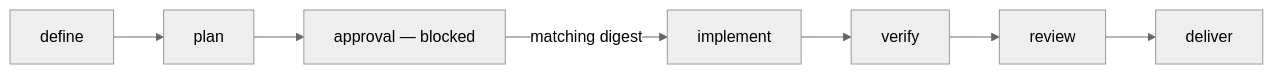
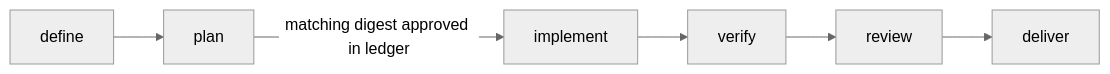
Before and after one commit to forgegod/daidala: the diagram in docs/02-workflow-state.md, drawn with Mermaid (neutral theme). The commit also changed other lines of this file and 24 other files, not shown here.

````diff
--- a/docs/02-workflow-state.md
+++ b/docs/02-workflow-state.md
@@ -48,9 +48,8 @@
 ```mermaid
 flowchart LR
     D["define"] --> P["plan"]
-    P --> A["approval — blocked"]
-    A -->|"matching digest"| I["implement"]
+    P -->|"matching digest approved in ledger"| I["implement"]
     I --> V["verify"]
     V --> R["review"]
     R --> DL["deliver"]
 ```
````
